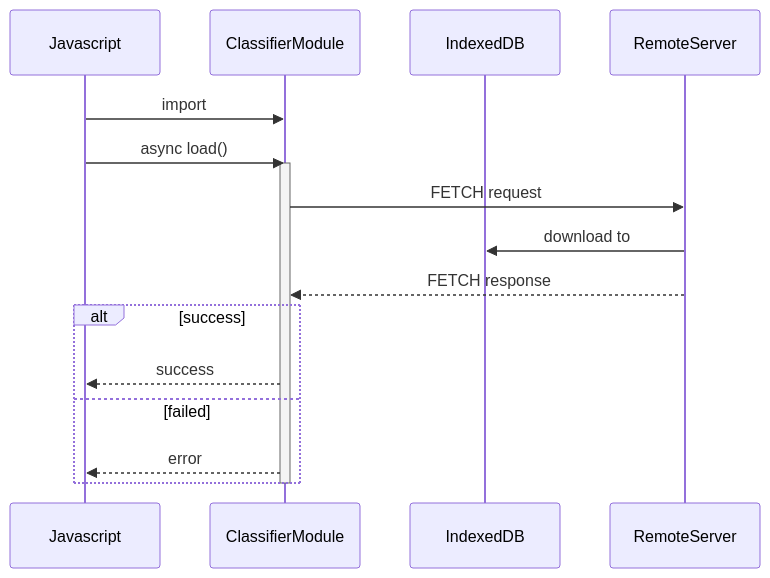
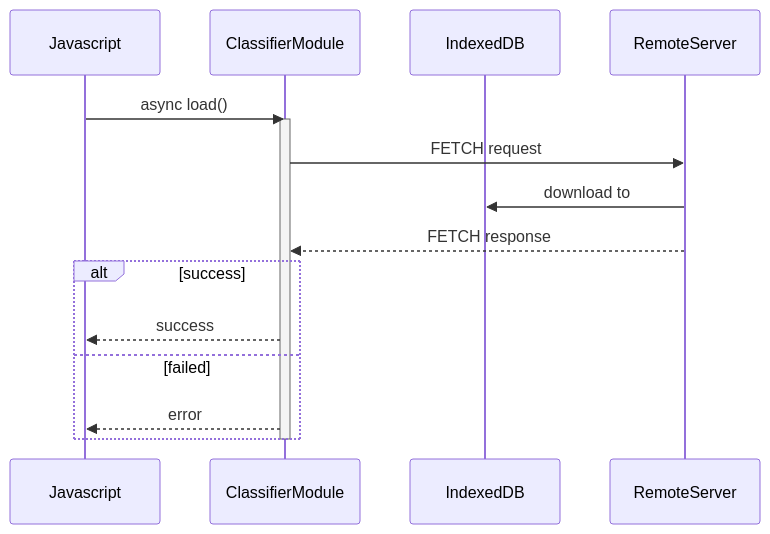
The first of 2 diagrams in README.md (HungNgKh/zinnia-demo), drawn with Mermaid before and after one commit.

Commit message:
remove init in sequence

````diff
--- a/README.md
+++ b/README.md
@@ -91,21 +91,19 @@
 ```mermaid
 sequenceDiagram;
   participant Javascript
   participant ClassifierModule
   participant IndexedDB
   participant RemoteServer
   
-
-  Javascript->>ClassifierModule: import
   Javascript->>ClassifierModule: async load()
   activate ClassifierModule
   ClassifierModule->>RemoteServer: FETCH request
   RemoteServer->>IndexedDB: download to
   RemoteServer-->>ClassifierModule: FETCH response
   alt success
     ClassifierModule-->>Javascript: success
   else failed
     ClassifierModule-->>Javascript: error
   end
   deactivate ClassifierModule
 ```
````
